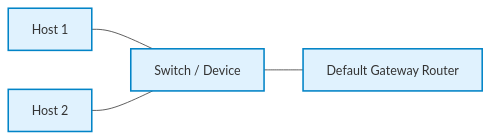
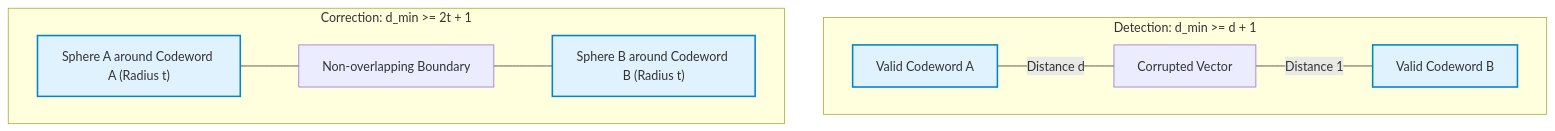
One commit to Raviranjan010/Neteworking_notes changed the ninth of 12 diagrams in 05_Data_Link_Layer/diagrams.md. Above: the diagram before and after it, drawn with Mermaid. The commit also changed other lines of this file and 7 other files, not shown here.

Commit message:
add comprehensive data link layer notes, numericals, diagrams, MCQs, and cheat sheets

````diff
--- a/05_Data_Link_Layer/diagrams.md
+++ b/05_Data_Link_Layer/diagrams.md
@@ -142,9 +234,17 @@
 ```mermaid
-graph LR
-    H1["Host 1"] --- SW["Switch / Device"]
-    H2["Host 2"] --- SW
-    SW --- GW["Default Gateway Router"]
+flowchart TD
+    subgraph DetModel["Detection: d_min >= d + 1"]
+        C1["Valid Codeword A"] ---|"Distance d"| Corrupt["Corrupted Vector"]
+        Corrupt ---|"Distance 1"| C2["Valid Codeword B"]
+    end
 
-    classDef dev fill:#e0f2fe,stroke:#0284c7,stroke-width:2px;
-    class H1,H2,SW,GW dev;
+    subgraph CorrModel["Correction: d_min >= 2t + 1"]
+        SphereA["Sphere A around Codeword A (Radius t)"]
+        Disjoint["Non-overlapping Boundary"]
+        SphereB["Sphere B around Codeword B (Radius t)"]
+        SphereA --- Disjoint --- SphereB
+    end
+
+    classDef c fill:#e0f2fe,stroke:#0284c7,stroke-width:2px;
+    class C1,C2,SphereA,SphereB c;
 ```
````
